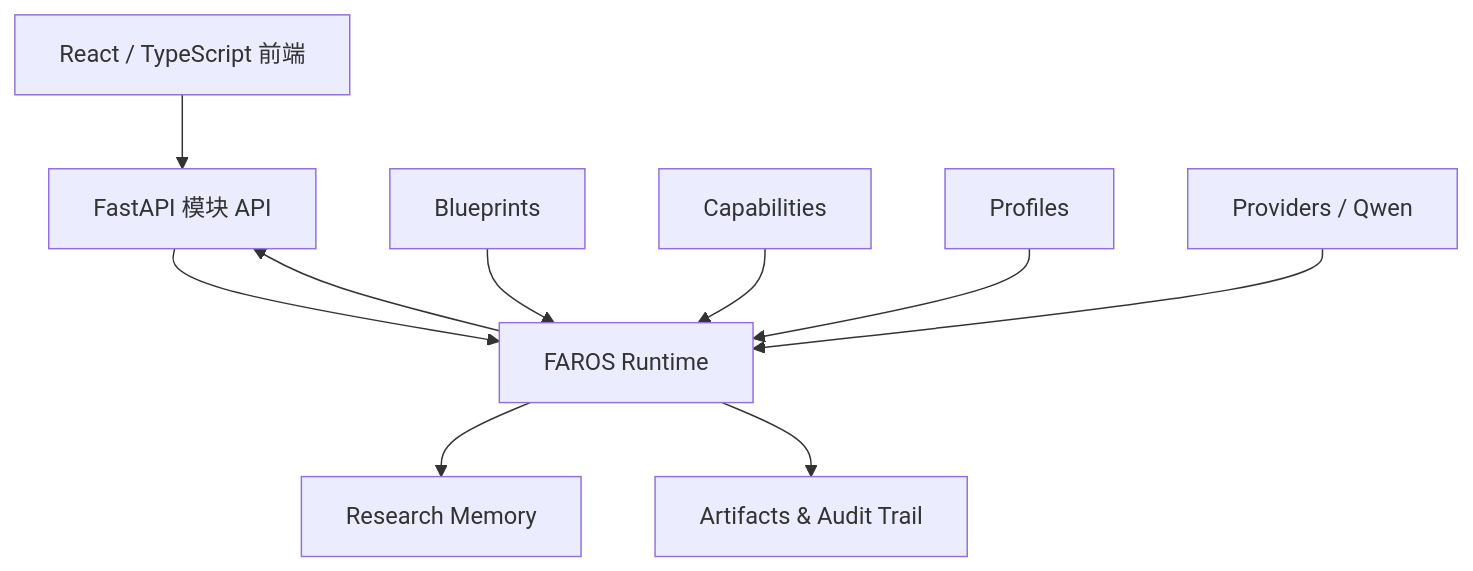
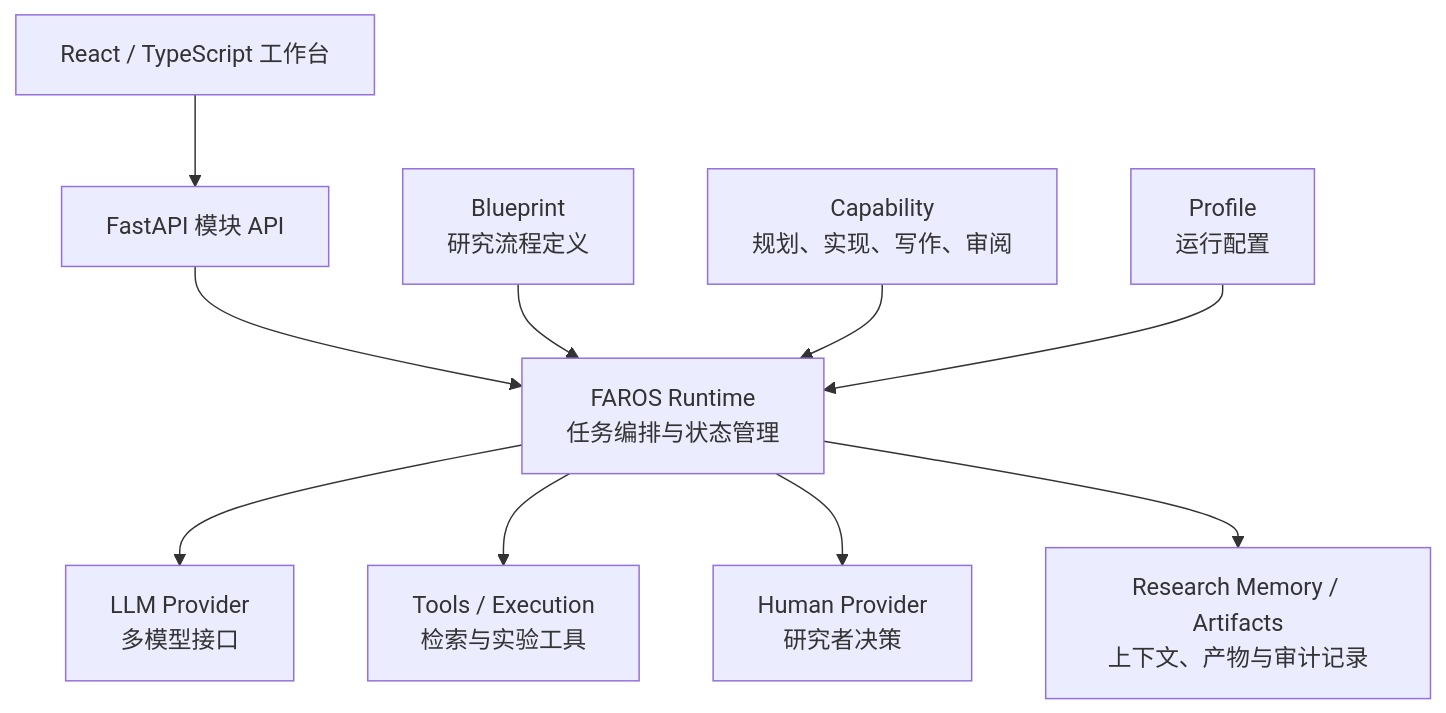
The second of 3 diagrams in README.md (OpenNSWM-Lab/FAROS), drawn with Mermaid before and after one commit. The commit also changed other lines of this file, not shown here.

Commit message:
docs: present FAROS as a multi-model collaborative research system

````diff
--- a/README.md
+++ b/README.md
@@ -139,22 +109,12 @@
 ```mermaid
 flowchart TB
-    UI[React / TypeScript 前端]
-    API[FastAPI 模块 API]
-    RT[FAROS Runtime]
-    BP[Blueprints]
-    CP[Capabilities]
-    PF[Profiles]
-    PR[Providers / Qwen]
-    MEM[Research Memory]
-    ART[Artifacts & Audit Trail]
-
-    UI --> API
-    API --> RT
-    BP --> RT
-    CP --> RT
-    PF --> RT
-    PR --> RT
-    RT --> MEM
-    RT --> ART
-    RT --> API
+    UI[React / TypeScript 工作台] --> API[FastAPI 模块 API]
+    API --> RT[FAROS Runtime<br/>任务编排与状态管理]
+    BP[Blueprint<br/>研究流程定义] --> RT
+    CAP[Capability<br/>规划、实现、写作、审阅] --> RT
+    PROF[Profile<br/>运行配置] --> RT
+    RT --> LLM[LLM Provider<br/>多模型接口]
+    RT --> TOOLS[Tools / Execution<br/>检索与实验工具]
+    RT --> HUMAN[Human Provider<br/>研究者决策]
+    RT --> RECORDS[Research Memory / Artifacts<br/>上下文、产物与审计记录]
 ```
````
